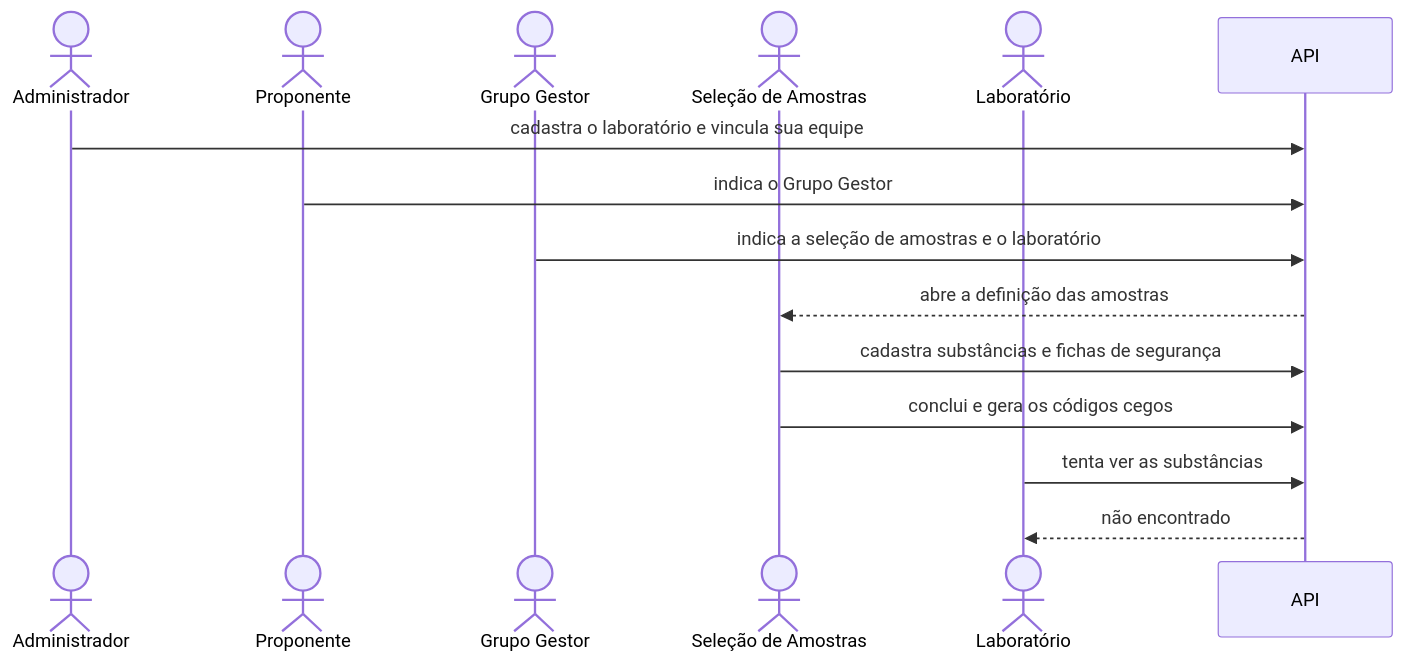
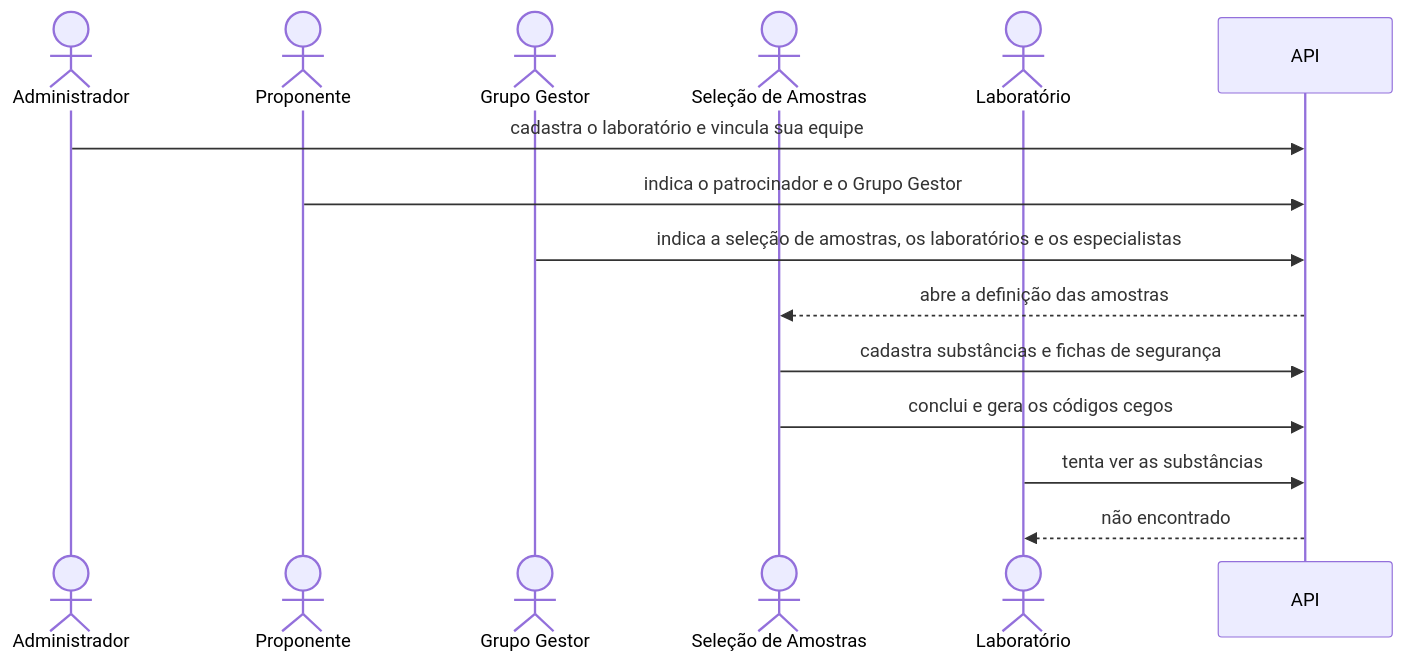
One commit to pivma-bracvam/pivma-back changed the diagram in manual/tutorial/equipe-e-amostras.md. Above: the diagram before and after it, drawn with Mermaid. The commit also changed other lines of this file and 65 other files, not shown here.

````diff
--- a/manual/tutorial/equipe-e-amostras.md
+++ b/manual/tutorial/equipe-e-amostras.md
@@ -8,17 +9,17 @@
 ```mermaid
 sequenceDiagram
     actor A as Administrador
     actor P as Proponente
     actor G as Grupo Gestor
     actor S as Seleção de Amostras
     actor L as Laboratório
     participant API
     A->>API: cadastra o laboratório e vincula sua equipe
-    P->>API: indica o Grupo Gestor
-    G->>API: indica a seleção de amostras e o laboratório
+    P->>API: indica o patrocinador e o Grupo Gestor
+    G->>API: indica a seleção de amostras, os laboratórios e os especialistas
     API-->>S: abre a definição das amostras
     S->>API: cadastra substâncias e fichas de segurança
     S->>API: conclui e gera os códigos cegos
     L->>API: tenta ver as substâncias
     API-->>L: não encontrado
 ```
````
